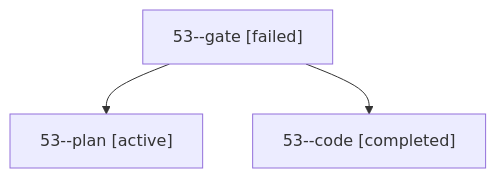
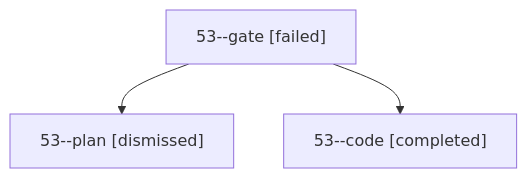
Before and after one commit to bobs-org/bob-cli--agents: the diagram in sessions/bbugyi200.apollo.53.md, drawn with Mermaid. The commit also changed other lines of this file and 5 other files, not shown here.

````diff
--- a/sessions/bbugyi200.apollo.53.md
+++ b/sessions/bbugyi200.apollo.53.md
@@ -9,8 +9,8 @@
 ```mermaid
 flowchart TD
   n0["53--gate [failed]"]
-  n1["53--plan [active]"]
+  n1["53--plan [dismissed]"]
   n0 --> n1
   n2["53--code [completed]"]
   n0 --> n2
 ```
````
